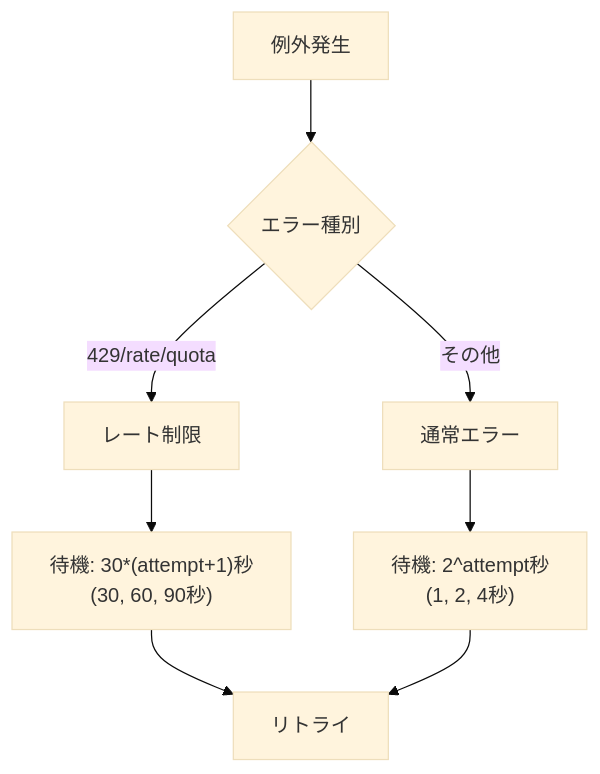
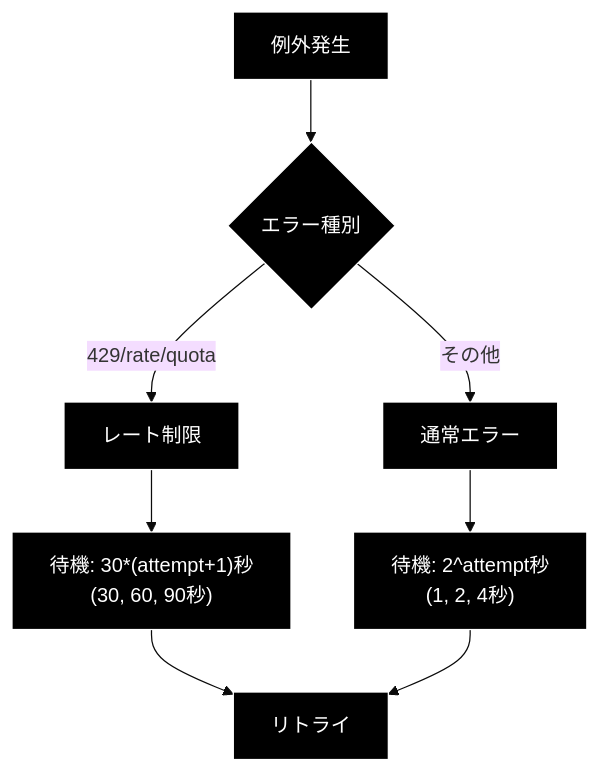
One commit to nakashima2toshio/ollama_grace_agent_v2 changed the fifth of 5 diagrams in chunking/doc/async_api_client.md. Above: the diagram before and after it, drawn with Mermaid (base theme). The commit also changed other lines of this file and 13 other files, not shown here.

````diff
--- a/chunking/doc/async_api_client.md
+++ b/chunking/doc/async_api_client.md
@@ -701,12 +709,15 @@
 ```mermaid
 flowchart TB
     ERROR["例外発生"] --> CHECK{"エラー種別"}
     CHECK -->|"429/rate/quota"| RATE["レート制限"]
     CHECK -->|その他| NORMAL["通常エラー"]
 
     RATE --> WAIT_LONG["待機: 30*(attempt+1)秒<br/>(30, 60, 90秒)"]
     NORMAL --> WAIT_SHORT["待機: 2^attempt秒<br/>(1, 2, 4秒)"]
 
     WAIT_LONG --> RETRY["リトライ"]
     WAIT_SHORT --> RETRY
+classDef default fill:#000,stroke:#fff,color:#fff
+classDef subgraphStyle fill:#1a1a1a,stroke:#fff,color:#fff
+class ERROR,CHECK,RATE,NORMAL,WAIT_LONG,WAIT_SHORT,RETRY default
 ```
````
